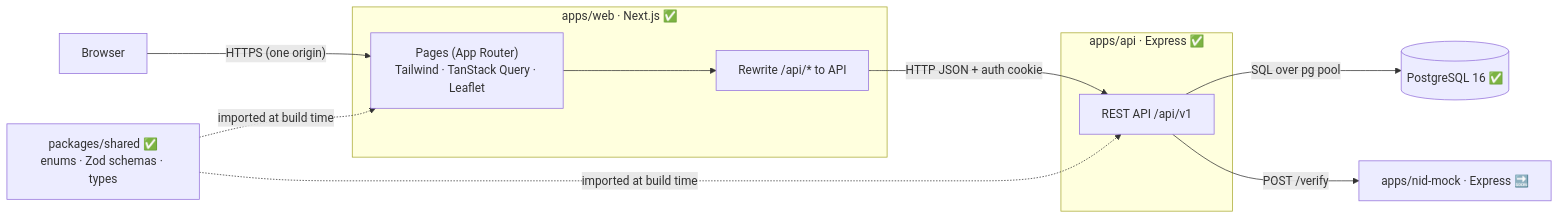
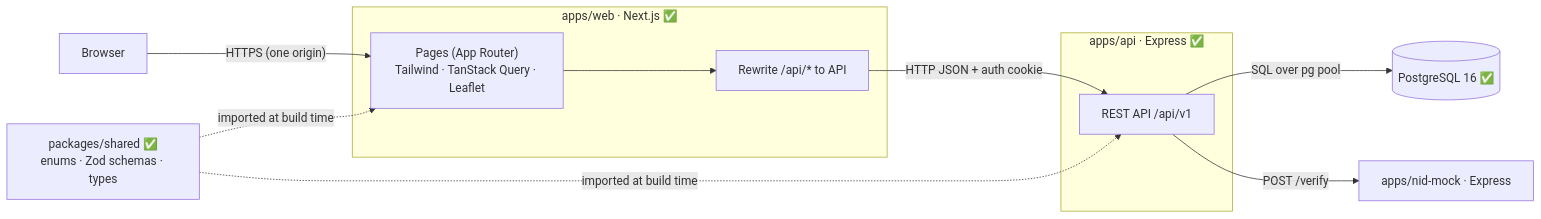
One commit to darshanbajgain/sewa-track changed the second of 12 diagrams in docs/architecture.md. Above: the diagram before and after it, drawn with Mermaid. The commit also changed other lines of this file and 17 other files, not shown here.

````diff
--- a/docs/architecture.md
+++ b/docs/architecture.md
@@ -74,25 +74,25 @@
 ```mermaid
 flowchart LR
   browser["Browser"]
 
   subgraph web_box["apps/web · Next.js ✅"]
     pages["Pages (App Router)<br/>Tailwind · TanStack Query · Leaflet"]
     proxy["Rewrite /api/* to API"]
   end
 
   subgraph api_box["apps/api · Express ✅"]
     api["REST API /api/v1"]
   end
 
   db[("PostgreSQL 16 ✅")]
-  nid["apps/nid-mock · Express 🔜"]
+  nid["apps/nid-mock · Express"]
   shared["packages/shared ✅<br/>enums · Zod schemas · types"]
 
   browser -- "HTTPS (one origin)" --> pages
   pages --> proxy
   proxy -- "HTTP JSON + auth cookie" --> api
   api -- "SQL over pg pool" --> db
   api -- "POST /verify" --> nid
   shared -. "imported at build time" .-> pages
   shared -. "imported at build time" .-> api
 ```
````
